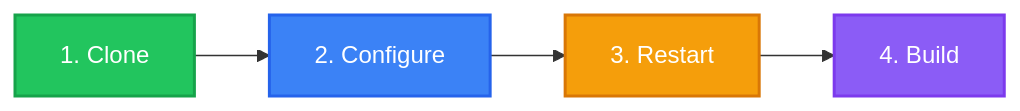
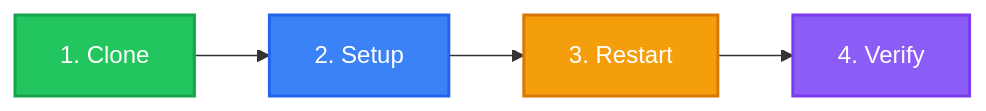
The third of 11 diagrams in README.md (girijashankarj/cursor-handbook), drawn with Mermaid before and after one commit. The commit also changed other lines of this file and 173 other files, not shown here.

````diff
--- a/README.md
+++ b/README.md
@@ -135,9 +211,9 @@
 ```mermaid
 graph LR
-    A["1. Clone"] --> B["2. Configure"] --> C["3. Restart"] --> D["4. Build"]
+    A["1. Clone"] --> B["2. Setup"] --> C["3. Restart"] --> D["4. Verify"]
 
     style A fill:#22c55e,stroke:#16a34a,color:#fff,stroke-width:2px
     style B fill:#3b82f6,stroke:#2563eb,color:#fff,stroke-width:2px
     style C fill:#f59e0b,stroke:#d97706,color:#fff,stroke-width:2px
     style D fill:#8b5cf6,stroke:#7c3aed,color:#fff,stroke-width:2px
 ```
````
